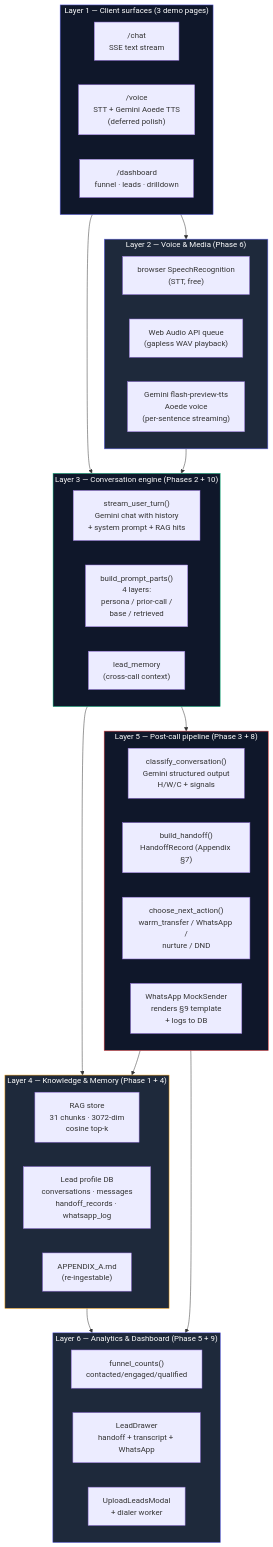
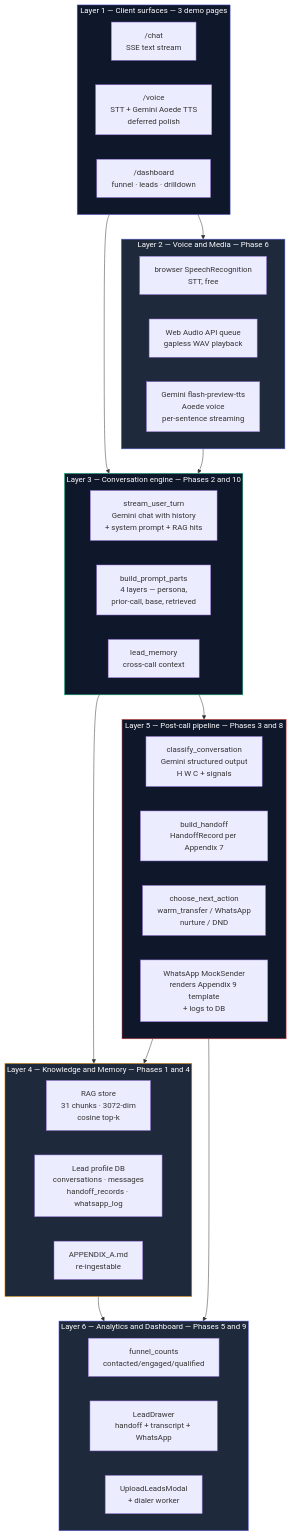
The second of 10 diagrams in ARCHITECTURE.md (AmanG-04/rupeezy-voice-agent), drawn with Mermaid before and after one commit. The commit also changed other lines of this file, not shown here.

First line of the commit message:
docs: fix Mermaid render errors in ARCHITECTURE.md

````diff
--- a/ARCHITECTURE.md
+++ b/ARCHITECTURE.md
@@ -88,61 +88,61 @@
 ```mermaid
 flowchart TB
-    subgraph L1[" Layer 1 — Client surfaces (3 demo pages) "]
+    subgraph L1["Layer 1 — Client surfaces — 3 demo pages"]
         direction LR
         L1A["/chat<br/>SSE text stream"]
-        L1B["/voice<br/>STT + Gemini Aoede TTS<br/>(deferred polish)"]
+        L1B["/voice<br/>STT + Gemini Aoede TTS<br/>deferred polish"]
         L1C["/dashboard<br/>funnel · leads · drilldown"]
     end
 
-    subgraph L2[" Layer 2 — Voice & Media (Phase 6) "]
+    subgraph L2["Layer 2 — Voice and Media — Phase 6"]
         direction LR
-        L2A["browser SpeechRecognition<br/>(STT, free)"]
-        L2B["Web Audio API queue<br/>(gapless WAV playback)"]
-        L2C["Gemini flash-preview-tts<br/>Aoede voice<br/>(per-sentence streaming)"]
+        L2A["browser SpeechRecognition<br/>STT, free"]
+        L2B["Web Audio API queue<br/>gapless WAV playback"]
+        L2C["Gemini flash-preview-tts<br/>Aoede voice<br/>per-sentence streaming"]
     end
 
-    subgraph L3[" Layer 3 — Conversation engine (Phases 2 + 10) "]
+    subgraph L3["Layer 3 — Conversation engine — Phases 2 and 10"]
         direction LR
-        L3A["stream_user_turn()<br/>Gemini chat with history<br/>+ system prompt + RAG hits"]
-        L3B["build_prompt_parts()<br/>4 layers:<br/>persona / prior-call /<br/>base / retrieved"]
-        L3C["lead_memory<br/>(cross-call context)"]
+        L3A["stream_user_turn<br/>Gemini chat with history<br/>+ system prompt + RAG hits"]
+        L3B["build_prompt_parts<br/>4 layers — persona,<br/>prior-call, base, retrieved"]
+        L3C["lead_memory<br/>cross-call context"]
     end
 
-    subgraph L4[" Layer 4 — Knowledge & Memory (Phase 1 + 4) "]
+    subgraph L4["Layer 4 — Knowledge and Memory — Phases 1 and 4"]
         direction LR
         L4A["RAG store<br/>31 chunks · 3072-dim<br/>cosine top-k"]
         L4B["Lead profile DB<br/>conversations · messages<br/>handoff_records · whatsapp_log"]
-        L4C["APPENDIX_A.md<br/>(re-ingestable)"]
+        L4C["APPENDIX_A.md<br/>re-ingestable"]
     end
 
-    subgraph L5[" Layer 5 — Post-call pipeline (Phase 3 + 8) "]
+    subgraph L5["Layer 5 — Post-call pipeline — Phases 3 and 8"]
         direction LR
-        L5A["classify_conversation()<br/>Gemini structured output<br/>H/W/C + signals"]
-        L5B["build_handoff()<br/>HandoffRecord (Appendix §7)"]
-        L5C["choose_next_action()<br/>warm_transfer / WhatsApp /<br/>nurture / DND"]
-        L5D["WhatsApp MockSender<br/>renders §9 template<br/>+ logs to DB"]
+        L5A["classify_conversation<br/>Gemini structured output<br/>H W C + signals"]
+        L5B["build_handoff<br/>HandoffRecord per Appendix 7"]
+        L5C["choose_next_action<br/>warm_transfer / WhatsApp<br/>nurture / DND"]
+        L5D["WhatsApp MockSender<br/>renders Appendix 9 template<br/>+ logs to DB"]
     end
 
-    subgraph L6[" Layer 6 — Analytics & Dashboard (Phase 5 + 9) "]
+    subgraph L6["Layer 6 — Analytics and Dashboard — Phases 5 and 9"]
         direction LR
-        L6A["funnel_counts()<br/>contacted/engaged/qualified"]
+        L6A["funnel_counts<br/>contacted/engaged/qualified"]
         L6B["LeadDrawer<br/>handoff + transcript + WhatsApp"]
         L6C["UploadLeadsModal<br/>+ dialer worker"]
     end
 
     L1 --> L2
     L1 --> L3
     L2 --> L3
     L3 --> L4
     L3 --> L5
     L5 --> L4
     L4 --> L6
     L5 --> L6
 
     style L1 fill:#0F172A,stroke:#6366F1,color:#fff
     style L2 fill:#1E293B,stroke:#6366F1,color:#fff
     style L3 fill:#0F172A,stroke:#10B981,color:#fff
     style L4 fill:#1E293B,stroke:#F59E0B,color:#fff
     style L5 fill:#0F172A,stroke:#EF4444,color:#fff
     style L6 fill:#1E293B,stroke:#6366F1,color:#fff
 ```
````
